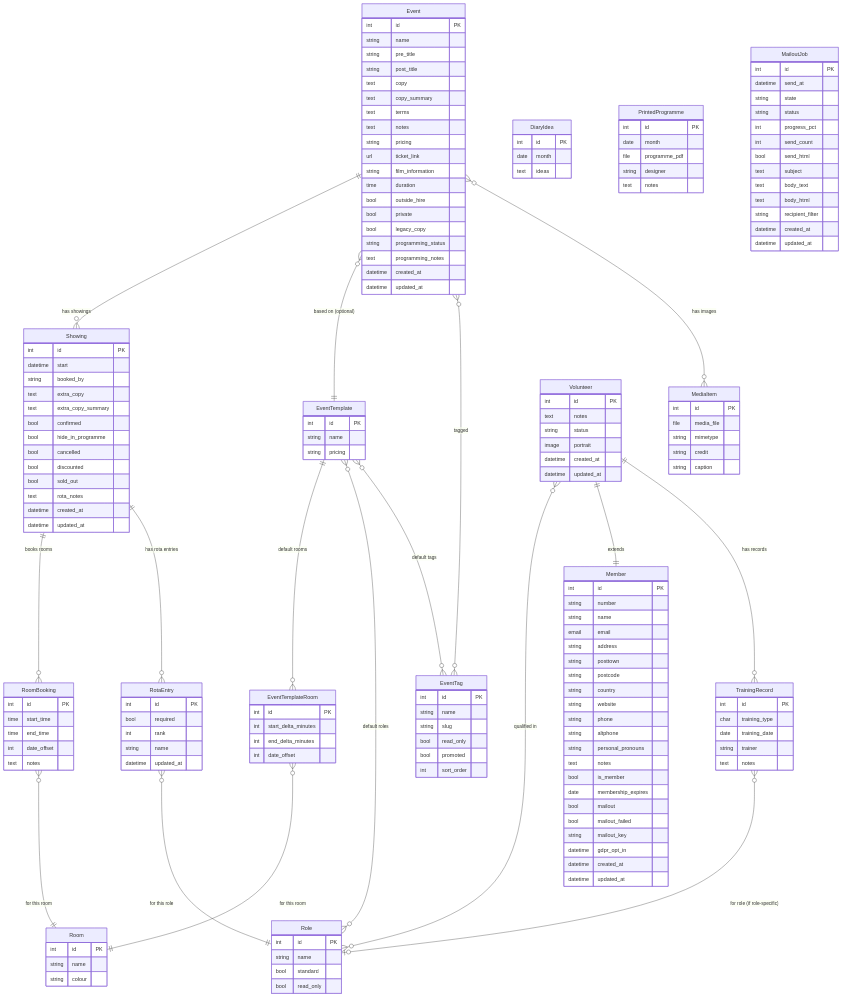
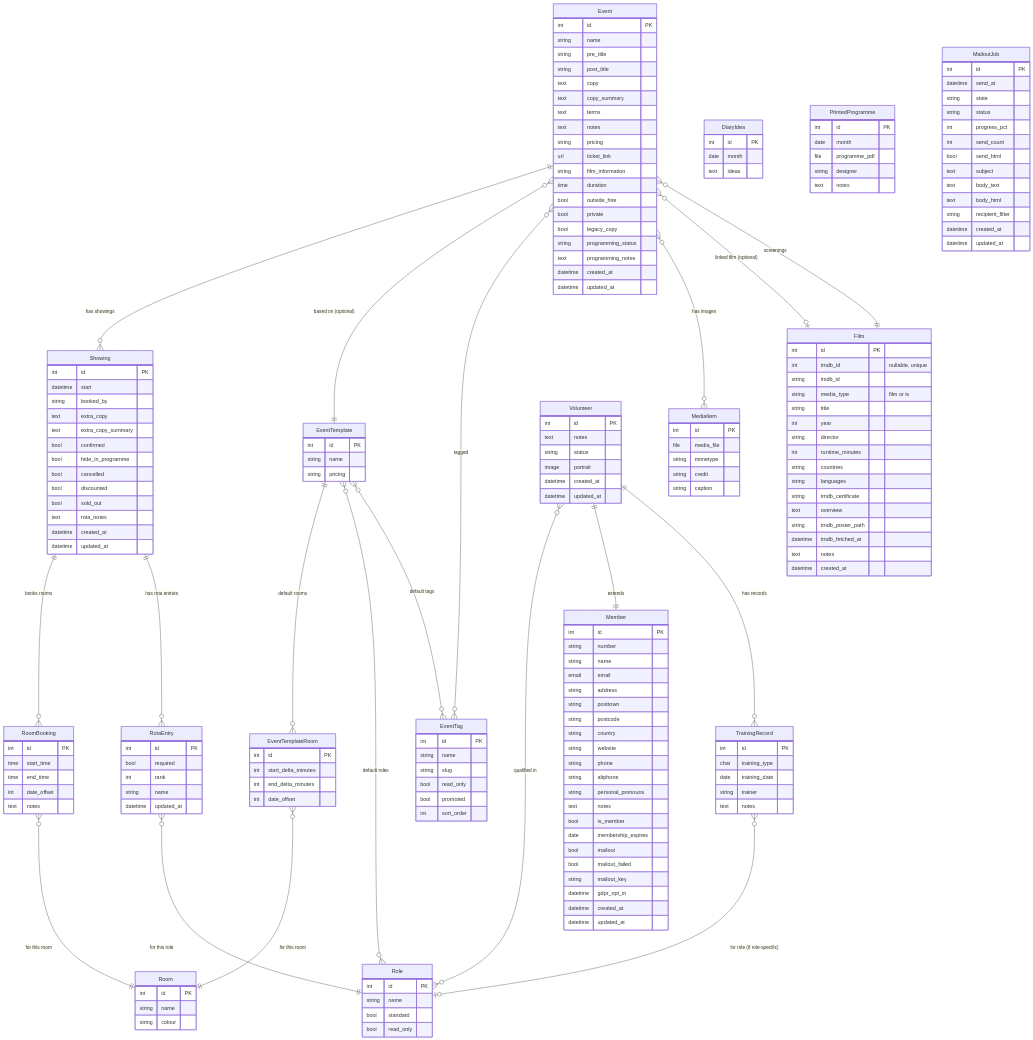
The sixth of 8 diagrams in docs/SPEC.md (jdkram/cubetoolkit), drawn with Mermaid before and after one commit. The commit also changed other lines of this file and 49 other files, not shown here.

```diff
--- a/docs/SPEC.md
+++ b/docs/SPEC.md
@@ -860,10 +874,31 @@
         datetime updated_at
     }
 
+    Film {
+        int id PK
+        int tmdb_id "nullable, unique"
+        string imdb_id
+        string media_type "film or tv"
+        string title
+        int year
+        string director
+        int runtime_minutes
+        string countries
+        string languages
+        string tmdb_certificate
+        text overview
+        string tmdb_poster_path
+        datetime tmdb_fetched_at
+        text notes
+        datetime created_at
+    }
+
     Event ||--o{ Showing : "has showings"
     Event }o--|| EventTemplate : "based on (optional)"
     Event }o--o{ EventTag : "tagged"
     Event }o--o{ MediaItem : "has images"
+    Event }o--o| Film : "linked film (optional)"
+    Film ||--o{ Event : "screenings"
     Showing ||--o{ RoomBooking : "books rooms"
     RoomBooking }o--|| Room : "for this room"
     EventTemplate ||--o{ EventTemplateRoom : "default rooms"
```
